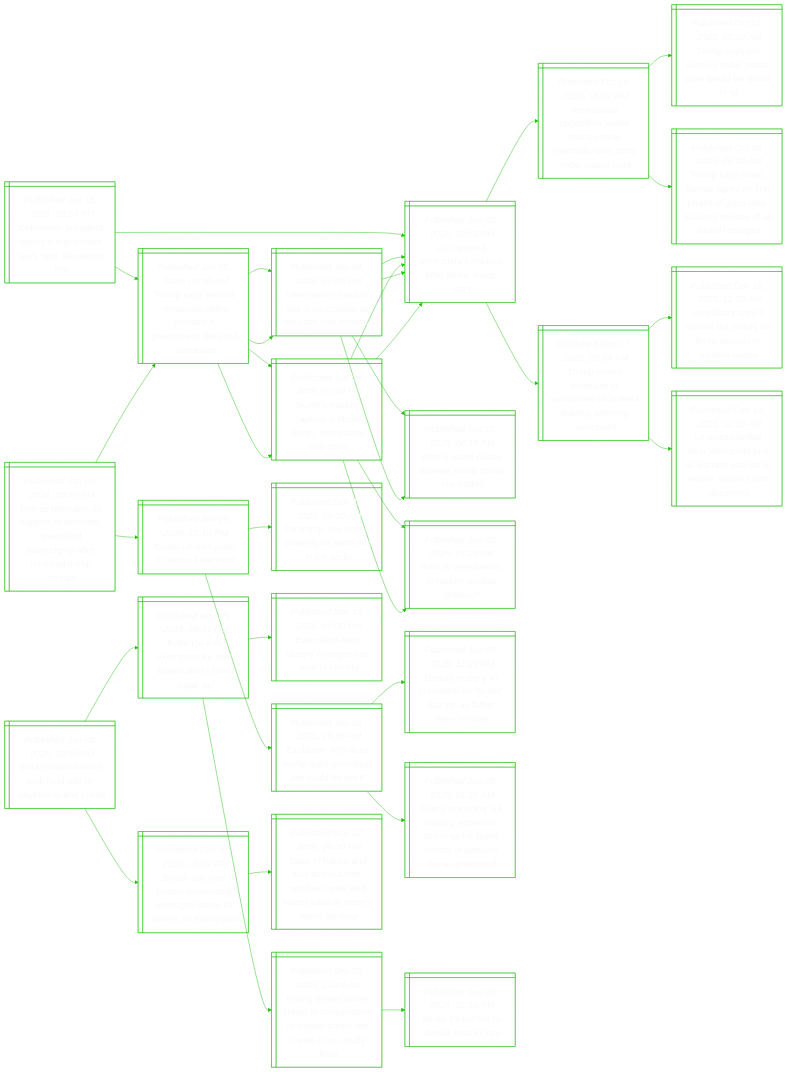
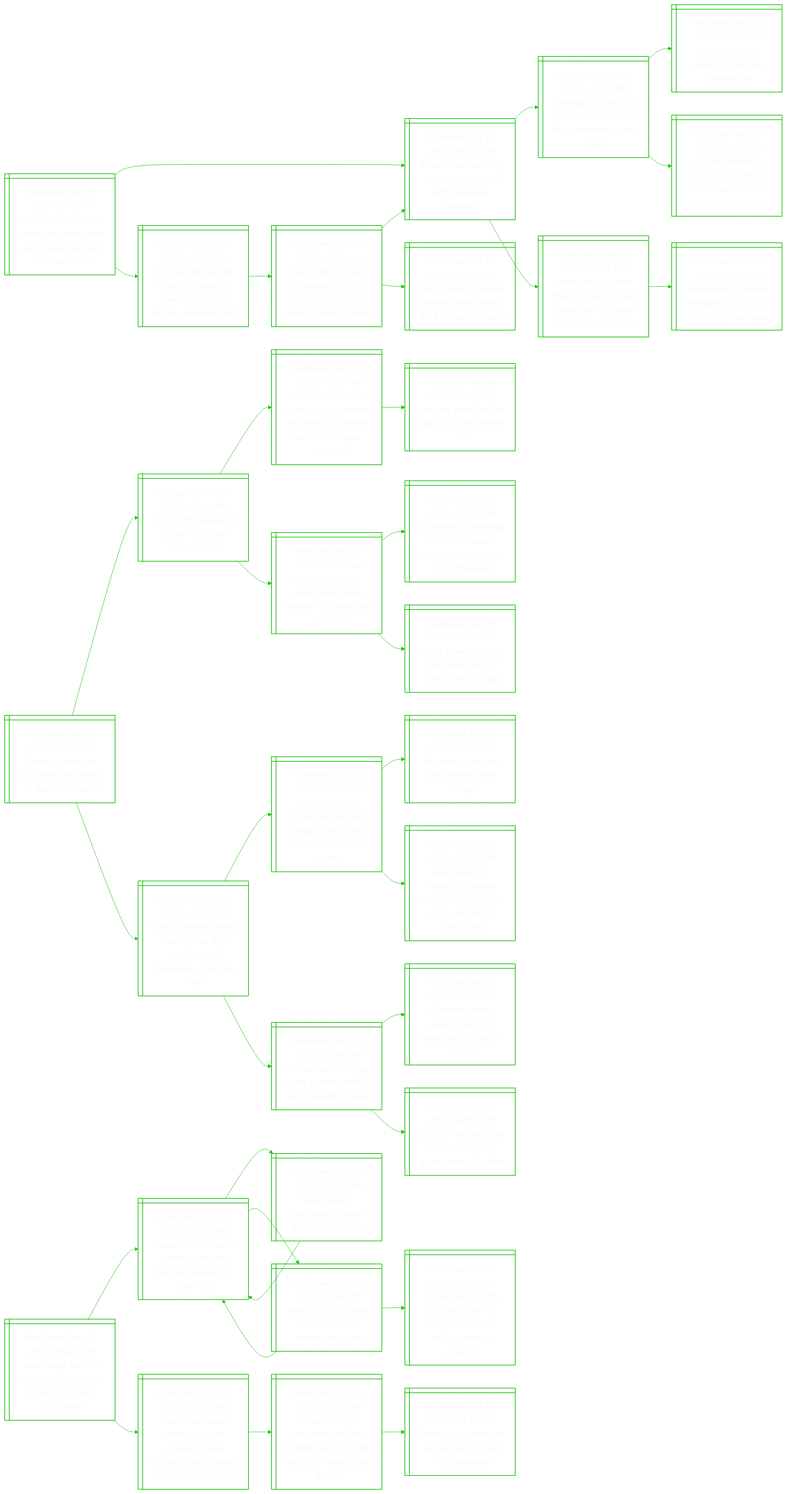
One commit to notJmes/notJmes changed the diagram in README.md. Above: the diagram before and after it, drawn with Mermaid. The commit also changed other lines of this file, not shown here.

````diff
--- a/README.md
+++ b/README.md
@@ -16,112 +16,112 @@
 flowchart LR
 classDef txtsize font-size:20px;
 
-CbrejTttssem@{ shape: win-pane, label: "_Published Jan 05, 2026, 03:53 PM_
-Colombian president rejects trump threats, says ‘stop slandering me’" }
-UtVuMorkms@{ shape: win-pane, label: "_Published Jan 03, 2026, 02:58 PM_
-Us captured venezuela’s maduro after strike, trump says" }
-Vuoilranhibai@{ shape: win-pane, label: "_Published Oct 10, 2025, 05:02 PM_
-Venezuelan opposition leader maria corina machado wins 2025 nobel peace prize" }
-TsonoeroelS@{ shape: win-pane, label: "_Published Oct 01, 2025, 05:12 AM_
-Trump says not winning nobel peace prize would be ‘insult’ to us" }
-TssHaossaaorslaoe@{ shape: win-pane, label: "_Published Oct 09, 2025, 05:09 AM_
-Trump says israel, hamas agree on first phase of gaza deal, allowing release of all israeli hostages" }
-Toskftdasitgz@{ shape: win-pane, label: "_Published Dec 17, 2025, 08:34 AM_
-Trump orders blockade of sanctioned oil tankers leaving, entering venezuela" }
-Uistitktvlanf@{ shape: win-pane, label: "_Published Dec 16, 2025, 11:09 AM_
-Us military says it carried out strikes on three vessels in eastern pacific" }
-Uznenltrwtphoon@{ shape: win-pane, label: "_Published Dec 13, 2025, 11:10 AM_
-Us seized tanker near venezuela just as warrant was set to expire, shows court document" }
-TseVutpbgndope@{ shape: win-pane, label: "_Published Jan 05, 2026, 09:30 AM_
-Trump says second venezuela strike possible if government does not cooperate" }
-VuMoiuyytdn@{ shape: win-pane, label: "_Published Jan 04, 2026, 07:03 PM_
-Venezuela’s maduro sits in us custody as loyalists vow defiance" }
-UtVuMorkms@{ shape: win-pane, label: "_Published Jan 03, 2026, 02:58 PM_
-Us captured venezuela’s maduro after strike, trump says" }
-WNPlarrao@{ shape: win-pane, label: "_Published Oct 10, 2025, 06:18 PM_
-Who is nobel peace laureate maria corina machado?" }
-Tsrtstsgsh@{ shape: win-pane, label: "_Published Jan 04, 2026, 01:10 PM_
-Trump’s maduro capture is about drugs, immigrants and china" }
-UtVuMorkms@{ shape: win-pane, label: "_Published Jan 03, 2026, 02:58 PM_
-Us captured venezuela’s maduro after strike, trump says" }
-WVuPdisr@{ shape: win-pane, label: "_Published Jan 03, 2026, 07:25 PM_
-Who is venezuela’s president nicolas maduro?" }
+PLeunsatosfmi@{ shape: win-pane, label: "_Published Jan 05, 2026, 07:45 PM_
+Paris’ louvre museum opens but some parts stay closed as staff resume strike" }
+Ptineluiisey@{ shape: win-pane, label: "_Published Oct 19, 2025, 05:51 PM_
+Power tool-wielding thieves flee louvre with ‘priceless’ jewellery" }
+GpboiPoidaes@{ shape: win-pane, label: "_Published Apr 28, 2025, 01:06 PM_
+‘grandpa robbers’ go on trial in paris over kim kardashian jewel heist" }
+NegaTrah@{ shape: win-pane, label: "_Published Feb 20, 2025, 01:00 PM_
+Nike bets big on reality tv star kim kardashian" }
+Kriinucneida@{ shape: win-pane, label: "_Published May 17, 2023, 12:00 PM_
+Kim kardashian's $1.34 billion buyout pitch leans on her social media reach" }
+Gpssofemmnsrt@{ shape: win-pane, label: "_Published Jun 02, 2025, 11:15 PM_
+Greenpeace steals $59,000 macron wax figure from museum for anti-russia protest" }
+GpmglnolN@{ shape: win-pane, label: "_Published Mar 21, 2025, 02:52 PM_
+Greenpeace $880m damages ruling in us shocks global ngos" }
+Leforutnrnme@{ shape: win-pane, label: "_Published Dec 19, 2025, 06:50 PM_
+Louvre staff call off strike, museum to open ‘as normal’: unions, management" }
+Leteidlaerrsl@{ shape: win-pane, label: "_Published Oct 22, 2025, 02:52 AM_
+Louvre heist losses estimated at $133 million as museum director faces grilling" }
+Ptineluiisey@{ shape: win-pane, label: "_Published Oct 19, 2025, 05:51 PM_
+Power tool-wielding thieves flee louvre with ‘priceless’ jewellery" }
+PLeubhwitea@{ shape: win-pane, label: "_Published Oct 20, 2025, 02:36 AM_
+Paris’ louvre museum robbery: what jewels did the thieves steal?" }
 
-CbrejTttssem:::txtsize --> UtVuMorkms:::txtsize
-UtVuMorkms:::txtsize --> Vuoilranhibai:::txtsize
-Vuoilranhibai:::txtsize --> TsonoeroelS:::txtsize
-Vuoilranhibai:::txtsize --> TssHaossaaorslaoe:::txtsize
-UtVuMorkms:::txtsize --> Toskftdasitgz:::txtsize
-Toskftdasitgz:::txtsize --> Uistitktvlanf:::txtsize
-Toskftdasitgz:::txtsize --> Uznenltrwtphoon:::txtsize
-CbrejTttssem:::txtsize --> TseVutpbgndope:::txtsize
-TseVutpbgndope:::txtsize --> VuMoiuyytdn:::txtsize
-VuMoiuyytdn:::txtsize --> UtVuMorkms:::txtsize
-VuMoiuyytdn:::txtsize --> WNPlarrao:::txtsize
-TseVutpbgndope:::txtsize --> Tsrtstsgsh:::txtsize
-Tsrtstsgsh:::txtsize --> UtVuMorkms:::txtsize
-Tsrtstsgsh:::txtsize --> WVuPdisr:::txtsize
+PLeunsatosfmi:::txtsize --> Ptineluiisey:::txtsize
+Ptineluiisey:::txtsize --> GpboiPoidaes:::txtsize
+GpboiPoidaes:::txtsize --> NegaTrah:::txtsize
+GpboiPoidaes:::txtsize --> Kriinucneida:::txtsize
+Ptineluiisey:::txtsize --> Gpssofemmnsrt:::txtsize
+Gpssofemmnsrt:::txtsize --> GpmglnolN:::txtsize
+PLeunsatosfmi:::txtsize --> Leforutnrnme:::txtsize
+Leforutnrnme:::txtsize --> Leteidlaerrsl:::txtsize
+Leteidlaerrsl:::txtsize --> Ptineluiisey:::txtsize
+Leteidlaerrsl:::txtsize --> PLeubhwitea:::txtsize
 
-FeesutnGloiareme@{ shape: win-pane, label: "_Published Jan 05, 2026, 03:30 PM_
-France reiterates its support of denmark, greenland sovereignty after renewed trump threats" }
-Trsteed@{ shape: win-pane, label: "_Published Jan 05, 2026, 02:16 PM_
-Trump renews push to annex greenland" }
-EihspGlnle@{ shape: win-pane, label: "_Published Jan 08, 2025, 09:36 PM_
-Explainer: why does trump want greenland and could he get it?" }
-DdpGlniyahery@{ shape: win-pane, label: "_Published Jan 07, 2025, 11:20 PM_
-Donald trump jr in greenland on ‘tourist’ day trip as father eyes territory" }
-Tnluiemtsenoanen@{ shape: win-pane, label: "_Published Jan 08, 2025, 01:26 AM_
-Trump not ruling out military, economic action as he seeks control of panama canal, greenland" }
-Fueeoyreht@{ shape: win-pane, label: "_Published Dec 12, 2025, 05:00 AM_
-For trump, the hottest property on earth lies in the arctic" }
-TseVutpbgndope@{ shape: win-pane, label: "_Published Jan 05, 2026, 09:30 AM_
-Trump says second venezuela strike possible if government does not cooperate" }
-VuMoiuyytdn@{ shape: win-pane, label: "_Published Jan 04, 2026, 07:03 PM_
-Venezuela’s maduro sits in us custody as loyalists vow defiance" }
-UtVuMorkms@{ shape: win-pane, label: "_Published Jan 03, 2026, 02:58 PM_
-Us captured venezuela’s maduro after strike, trump says" }
-WNPlarrao@{ shape: win-pane, label: "_Published Oct 10, 2025, 06:18 PM_
-Who is nobel peace laureate maria corina machado?" }
-Tsrtstsgsh@{ shape: win-pane, label: "_Published Jan 04, 2026, 01:10 PM_
-Trump’s maduro capture is about drugs, immigrants and china" }
-UtVuMorkms@{ shape: win-pane, label: "_Published Jan 03, 2026, 02:58 PM_
-Us captured venezuela’s maduro after strike, trump says" }
-WVuPdisr@{ shape: win-pane, label: "_Published Jan 03, 2026, 07:25 PM_
-Who is venezuela’s president nicolas maduro?" }
+Sretaafnel@{ shape: win-pane, label: "_Published Jan 05, 2026, 07:25 PM_
+Snow cripples air, train and road traffic in the netherlands" }
+Tfsilcsow@{ shape: win-pane, label: "_Published Jan 04, 2026, 12:14 AM_
+Tens of thousands in berlin face days without power" }
+Gdsoesodifiatarl@{ shape: win-pane, label: "_Published May 14, 2025, 09:32 PM_
+Granada substation power loss pinpointed as origin of massive blackout in spain, portugal" }
+Lnmiluhe@{ shape: win-pane, label: "_Published May 04, 2025, 06:00 PM_
+Lessons from the first blackout of the green era" }
+Pbstfutiadu@{ shape: win-pane, label: "_Published Apr 29, 2025, 05:00 AM_
+Power begins to return after huge outage hits spain and portugal" }
+SbwrnSbhhybo@{ shape: win-pane, label: "_Published Apr 28, 2025, 10:45 PM_
+Scramble to withdraw money as spain brought to a halt by huge blackout" }
+Houpyafnoa@{ shape: win-pane, label: "_Published Apr 28, 2025, 08:57 PM_
+Huge power outage paralyses parts of spain and portugal" }
+Sgerhyrtfntsts@{ shape: win-pane, label: "_Published Oct 01, 2025, 03:09 PM_
+Swiss glaciers shrank sharply after light snowfall and heatwave, scientists say" }
+Gelbsznlnnkemn@{ shape: win-pane, label: "_Published May 28, 2025, 11:04 PM_
+Glacier collapse buries switzerland village in mud and rock, one person missing" }
+Mvkemssa@{ shape: win-pane, label: "_Published Jun 17, 2023, 01:13 AM_
+Massive rockslide just misses swiss village" }
+Fesavnkhhrrai@{ shape: win-pane, label: "_Published May 22, 2025, 05:55 PM_
+Four dead, 17 missing as heavy rains soak southern china, triggering landslides" }
+Sednecegaic@{ shape: win-pane, label: "_Published Sep 22, 2025, 06:46 PM_
+Switzerland’s ‘dying’ gries glacier melting at an alarming pace" }
+Stwgtsticoes@{ shape: win-pane, label: "_Published Sep 09, 2025, 07:00 PM_
+Scientists warn against plans to artificially cool polar regions" }
+Bfindlgeer@{ shape: win-pane, label: "_Published Aug 07, 2025, 04:59 PM_
+Body of missing man found on melting glacier after 28 years" }
 
-FeesutnGloiareme:::txtsize --> Trsteed:::txtsize
-Trsteed:::txtsize --> EihspGlnle:::txtsize
-EihspGlnle:::txtsize --> DdpGlniyahery:::txtsize
-EihspGlnle:::txtsize --> Tnluiemtsenoanen:::txtsize
-Trsteed:::txtsize --> Fueeoyreht:::txtsize
-FeesutnGloiareme:::txtsize --> TseVutpbgndope:::txtsize
-TseVutpbgndope:::txtsize --> VuMoiuyytdn:::txtsize
-VuMoiuyytdn:::txtsize --> UtVuMorkms:::txtsize
-VuMoiuyytdn:::txtsize --> WNPlarrao:::txtsize
-TseVutpbgndope:::txtsize --> Tsrtstsgsh:::txtsize
-Tsrtstsgsh:::txtsize --> UtVuMorkms:::txtsize
-Tsrtstsgsh:::txtsize --> WVuPdisr:::txtsize
+Sretaafnel:::txtsize --> Tfsilcsow:::txtsize
+Tfsilcsow:::txtsize --> Gdsoesodifiatarl:::txtsize
+Gdsoesodifiatarl:::txtsize --> Lnmiluhe:::txtsize
+Tfsilcsow:::txtsize --> Pbstfutiadu:::txtsize
+Pbstfutiadu:::txtsize --> SbwrnSbhhybo:::txtsize
+Pbstfutiadu:::txtsize --> Houpyafnoa:::txtsize
+Sretaafnel:::txtsize --> Sgerhyrtfntsts:::txtsize
+Sgerhyrtfntsts:::txtsize --> Gelbsznlnnkemn:::txtsize
+Gelbsznlnnkemn:::txtsize --> Mvkemssa:::txtsize
+Gelbsznlnnkemn:::txtsize --> Fesavnkhhrrai:::txtsize
+Sgerhyrtfntsts:::txtsize --> Sednecegaic:::txtsize
+Sednecegaic:::txtsize --> Stwgtsticoes:::txtsize
+Sednecegaic:::txtsize --> Bfindlgeer:::txtsize
 
-Birnndnial@{ shape: win-pane, label: "_Published Jan 05, 2026, 03:30 PM_
-Britain starts ban on junk food ads on daytime tv and online" }
-Binmnisirgx@{ shape: win-pane, label: "_Published Nov 25, 2025, 09:41 PM_
-Britain to end exemption for milk-based drinks from sugar tax" }
-Eheeceloi@{ shape: win-pane, label: "_Published Mar 14, 2025, 05:00 PM_
-Even short-term dietary changes can lead to obesity" }
-Rgernououdsrnun@{ shape: win-pane, label: "_Published Sep 09, 2025, 12:44 AM_
-Rising temperatures linked to consumption of sugary drinks, ice cream in us, study finds" }
-Wthdeda@{ shape: win-pane, label: "_Published Sep 06, 2025, 02:10 PM_
-When it’s too hot to deliver food in italy" }
-BsrHnelsmotnns@{ shape: win-pane, label: "_Published Dec 07, 2025, 06:09 PM_
-British star chef heston blumenthal redesigns menu for dieters on skinny jabs" }
-Tondyueaadulesdo@{ shape: win-pane, label: "_Published Nov 27, 2025, 06:00 PM_
-Taste of france and italy at moutarde, sundae royale and laurus table at resorts world sentosa" }
+IlbGecsdCde@{ shape: win-pane, label: "_Published Jan 05, 2026, 06:44 PM_
+Israel says ban on gaza media access should stay: court document" }
+NyeeawHakl@{ shape: win-pane, label: "_Published Oct 07, 2023, 12:04 PM_
+Netanyahu declares israel at war as hamas attacks kill over 100" }
+WzptIleint@{ shape: win-pane, label: "_Published Oct 07, 2023, 05:15 PM_
+Why gaza is epicentre of israeli-palestinian conflict" }
+NyeeawHakl@{ shape: win-pane, label: "_Published Oct 07, 2023, 12:04 PM_
+Netanyahu declares israel at war as hamas attacks kill over 100" }
+Wiceapaks@{ shape: win-pane, label: "_Published Oct 07, 2023, 06:44 PM_
+World in shock after hamas surprise attacks on israel" }
+NyeeawHakl@{ shape: win-pane, label: "_Published Oct 07, 2023, 12:04 PM_
+Netanyahu declares israel at war as hamas attacks kill over 100" }
+SptldtrcIlsnic@{ shape: win-pane, label: "_Published Oct 07, 2023, 10:24 PM_
+Singapore strongly condemns terror attacks on israel, calls for end to violence" }
+Tdrcaaededlncbs@{ shape: win-pane, label: "_Published Oct 14, 2025, 07:45 PM_
+Trump declares victory as gaza ceasefire deal reached, but a lasting peace may be elusive" }
+PflcoMeNelale@{ shape: win-pane, label: "_Published Oct 14, 2025, 12:05 AM_
+Peace finally descends on the middle east: now the battle to make it last begins" }
+TjIlmnest@{ shape: win-pane, label: "_Published Oct 13, 2025, 03:10 PM_
+Tears, joy in israel as hamas hands over first hostages" }
 
-Birnndnial:::txtsize --> Binmnisirgx:::txtsize
-Binmnisirgx:::txtsize --> Eheeceloi:::txtsize
-Binmnisirgx:::txtsize --> Rgernououdsrnun:::txtsize
-Rgernououdsrnun:::txtsize --> Wthdeda:::txtsize
-Birnndnial:::txtsize --> BsrHnelsmotnns:::txtsize
-BsrHnelsmotnns:::txtsize --> Tondyueaadulesdo:::txtsize
+IlbGecsdCde:::txtsize --> NyeeawHakl:::txtsize
+NyeeawHakl:::txtsize --> WzptIleint:::txtsize
+WzptIleint:::txtsize --> NyeeawHakl:::txtsize
+NyeeawHakl:::txtsize --> Wiceapaks:::txtsize
+Wiceapaks:::txtsize --> NyeeawHakl:::txtsize
+Wiceapaks:::txtsize --> SptldtrcIlsnic:::txtsize
+IlbGecsdCde:::txtsize --> Tdrcaaededlncbs:::txtsize
+Tdrcaaededlncbs:::txtsize --> PflcoMeNelale:::txtsize
+PflcoMeNelale:::txtsize --> TjIlmnest:::txtsize
 
 ```
````
